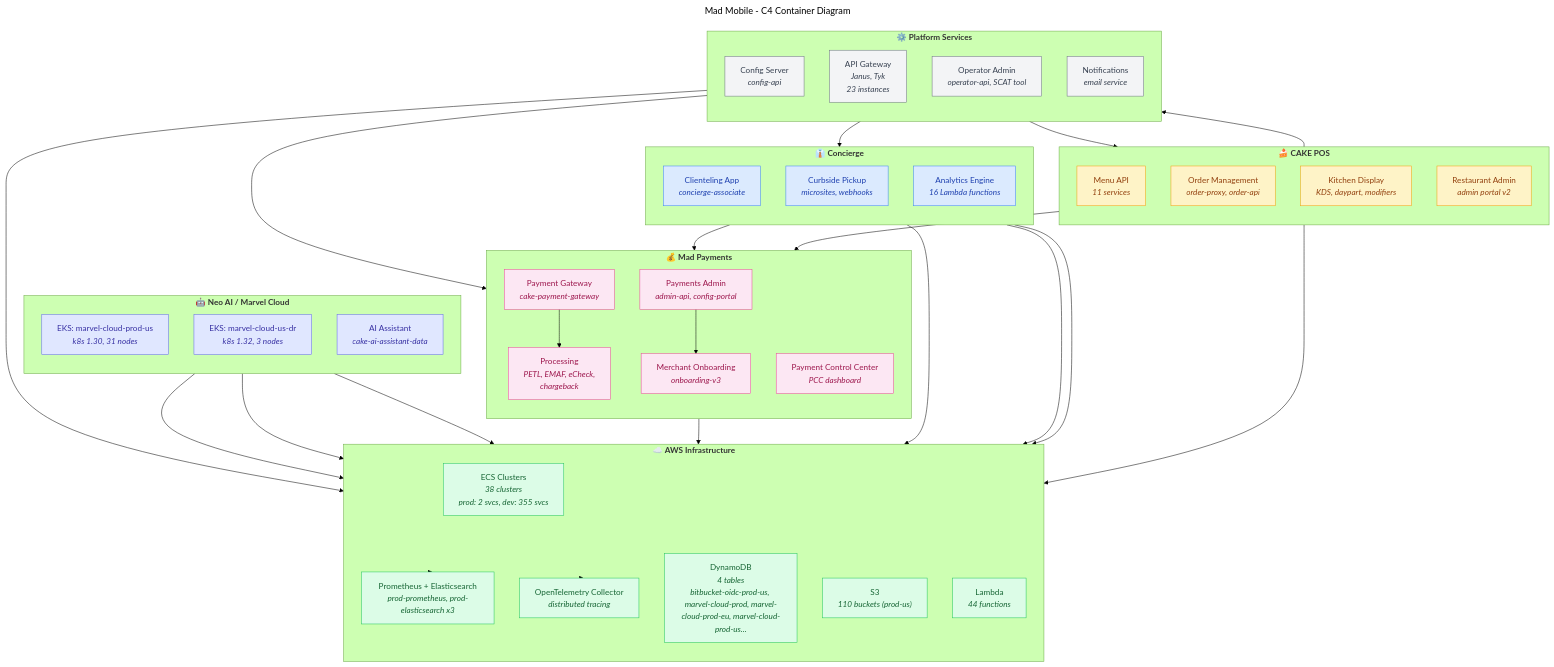
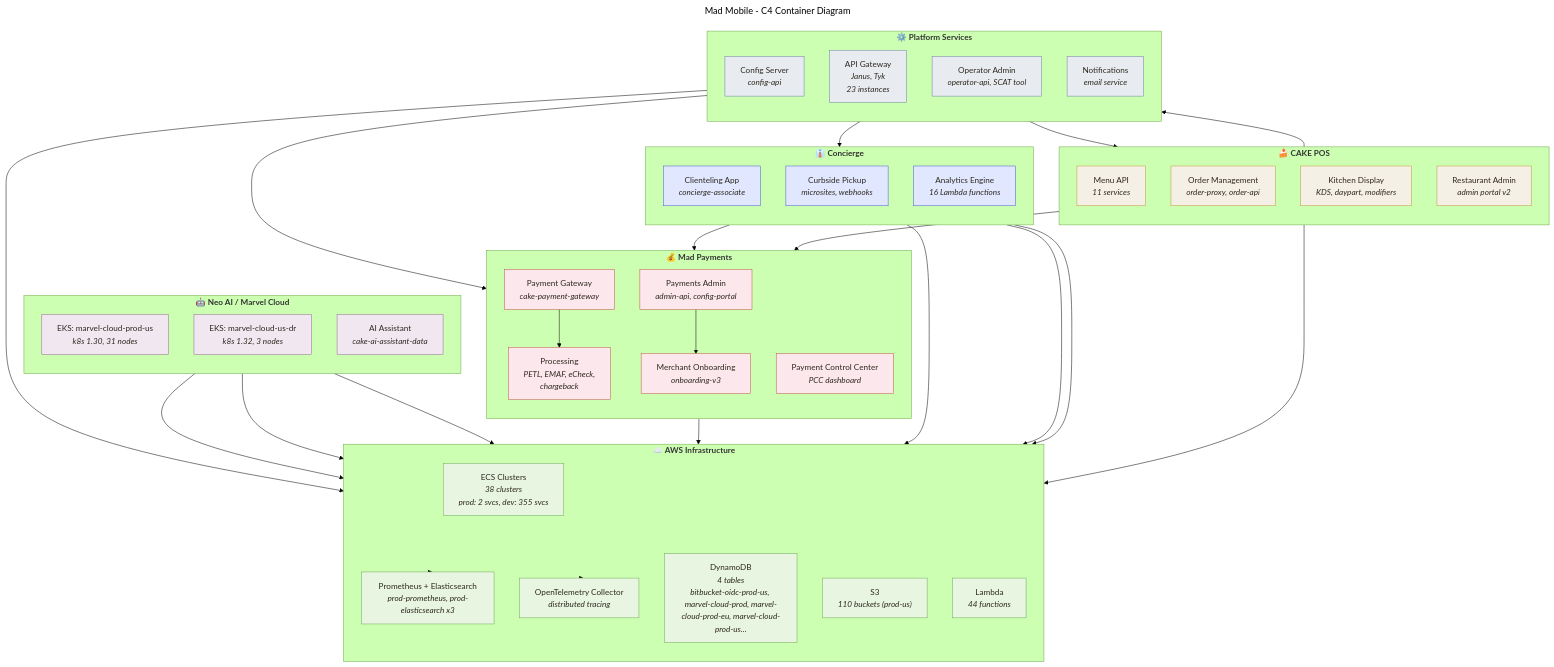
The diagram in inventory/mad-mobile-c4-container.mmd (adamlaz/tl-mm), drawn with Mermaid (forest theme) before and after one commit. The commit also changed 758 other files, not shown here.

```diff
--- a/inventory/mad-mobile-c4-container.mmd
+++ b/inventory/mad-mobile-c4-container.mmd
@@ -1,88 +1,88 @@
 ---
 title: Mad Mobile - C4 Container Diagram
 ---
 flowchart TB
 
     subgraph CAKE["🍰 <b>CAKE POS</b>"]
         direction TB
         CAKE_MENU["Menu API<br/><i>11 services</i>"]
         CAKE_ORDER["Order Management<br/><i>order-proxy, order-api</i>"]
         CAKE_KDS["Kitchen Display<br/><i>KDS, daypart, modifiers</i>"]
         CAKE_ADMIN["Restaurant Admin<br/><i>admin portal v2</i>"]
     end
 
     subgraph CONC["👔 <b>Concierge</b>"]
         direction TB
         CONC_CLIENT["Clienteling App<br/><i>concierge-associate</i>"]
         CONC_CURB["Curbside Pickup<br/><i>microsites, webhooks</i>"]
         CONC_ANALYTICS["Analytics Engine<br/><i>16 Lambda functions</i>"]
     end
 
     subgraph PAY["💰 <b>Mad Payments</b>"]
         direction TB
         PAY_GW["Payment Gateway<br/><i>cake-payment-gateway</i>"]
         PAY_ADMIN["Payments Admin<br/><i>admin-api, config-portal</i>"]
         PAY_ONBOARD["Merchant Onboarding<br/><i>onboarding-v3</i>"]
         PAY_PROC["Processing<br/><i>PETL, EMAF, eCheck,<br/>chargeback</i>"]
         PAY_PCC["Payment Control Center<br/><i>PCC dashboard</i>"]
     end
 
     subgraph NEO["🤖 <b>Neo AI / Marvel Cloud</b>"]
         direction TB
         EKS_marvel_cloud_prod_us["EKS: marvel-cloud-prod-us<br/><i>k8s 1.30, 31 nodes</i>"]
         EKS_marvel_cloud_us_dr["EKS: marvel-cloud-us-dr<br/><i>k8s 1.32, 3 nodes</i>"]
         NEO_AI["AI Assistant<br/><i>cake-ai-assistant-data</i>"]
     end
 
     subgraph PLAT["⚙️ <b>Platform Services</b>"]
         direction TB
         PLAT_CONFIG["Config Server<br/><i>config-api</i>"]
         PLAT_GW["API Gateway<br/><i>Janus, Tyk<br/>23 instances</i>"]
         PLAT_ADMIN["Operator Admin<br/><i>operator-api, SCAT tool</i>"]
         PLAT_NOTIF["Notifications<br/><i>email service</i>"]
     end
 
     subgraph INFRA["☁️ <b>AWS Infrastructure</b>"]
         direction TB
         ECS["ECS Clusters<br/><i>38 clusters<br/>prod: 2 svcs, dev: 355 svcs</i>"]
         DYNAMO["DynamoDB<br/><i>4 tables<br/>bitbucket-oidc-prod-us, marvel-cloud-prod, marvel-cloud-prod-eu, marvel-cloud-prod-us...</i>"]
         S3["S3<br/><i>110 buckets (prod-us)</i>"]
         LAMBDA["Lambda<br/><i>44 functions</i>"]
         PROM["Prometheus + Elasticsearch<br/><i>prod-prometheus, prod-elasticsearch x3</i>"]
         OTEL["OpenTelemetry Collector<br/><i>distributed tracing</i>"]
     end
 
     %% Inter-system relationships
     CAKE_ORDER --> PAY_GW
     CAKE_MENU --> PLAT_CONFIG
     CONC_CLIENT --> PAY_GW
     CONC_ANALYTICS --> S3
     CONC_ANALYTICS --> LAMBDA
     PAY_GW --> PAY_PROC
     PAY_ADMIN --> PAY_ONBOARD
     PLAT_GW --> CAKE
     PLAT_GW --> CONC
     PLAT_GW --> PAY
     NEO_AI --> S3
     EKS_marvel_cloud_prod_us --> DYNAMO
     EKS_marvel_cloud_us_dr --> DYNAMO
     CAKE --> ECS
     PAY --> ECS
     CONC --> ECS
     PLAT --> ECS
     INFRA --> PROM
     INFRA --> OTEL
 
     %% Styling
-    classDef cakeStyle fill:#FEF3C7,stroke:#F59E0B,color:#92400E
-    classDef concStyle fill:#DBEAFE,stroke:#3B82F6,color:#1E40AF
-    classDef payStyle fill:#FCE7F3,stroke:#EC4899,color:#9D174D
-    classDef neoStyle fill:#E0E7FF,stroke:#6366F1,color:#3730A3
-    classDef platStyle fill:#F3F4F6,stroke:#6B7280,color:#374151
-    classDef infraStyle fill:#DCFCE7,stroke:#22C55E,color:#166534
+    classDef cakeStyle fill:#F5F0E6,stroke:#C4973A,color:#2E2820
+    classDef concStyle fill:#E0E7FF,stroke:#4A5FC4,color:#2E2820
+    classDef payStyle fill:#FCE7EC,stroke:#C4574A,color:#2E2820
+    classDef neoStyle fill:#F0E7F0,stroke:#9A6B9A,color:#2E2820
+    classDef platStyle fill:#E8ECF0,stroke:#6B82A0,color:#2E2820
+    classDef infraStyle fill:#E8F5E0,stroke:#6FAA5C,color:#2E2820
     class CAKE_MENU,CAKE_ORDER,CAKE_KDS,CAKE_ADMIN cakeStyle
     class CONC_CLIENT,CONC_CURB,CONC_ANALYTICS concStyle
     class PAY_GW,PAY_ADMIN,PAY_ONBOARD,PAY_PROC,PAY_PCC payStyle
     class EKS_marvel_cloud_prod_us,EKS_marvel_cloud_us_dr,NEO_AI neoStyle
     class PLAT_CONFIG,PLAT_GW,PLAT_ADMIN,PLAT_NOTIF platStyle
     class ECS,DYNAMO,S3,LAMBDA,PROM,OTEL infraStyle
```
